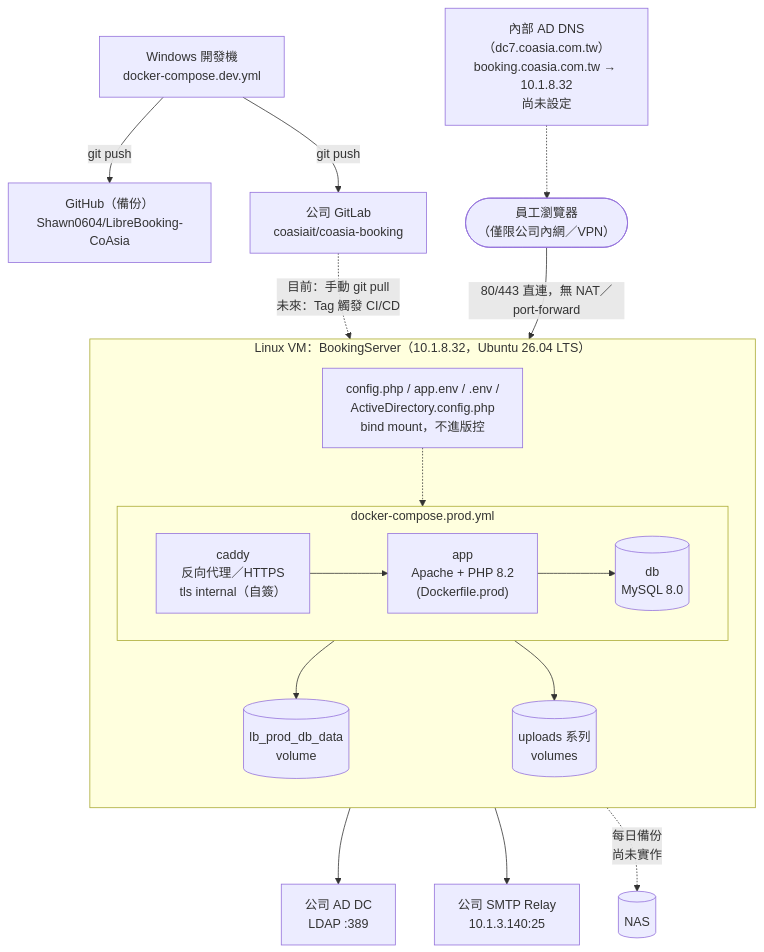
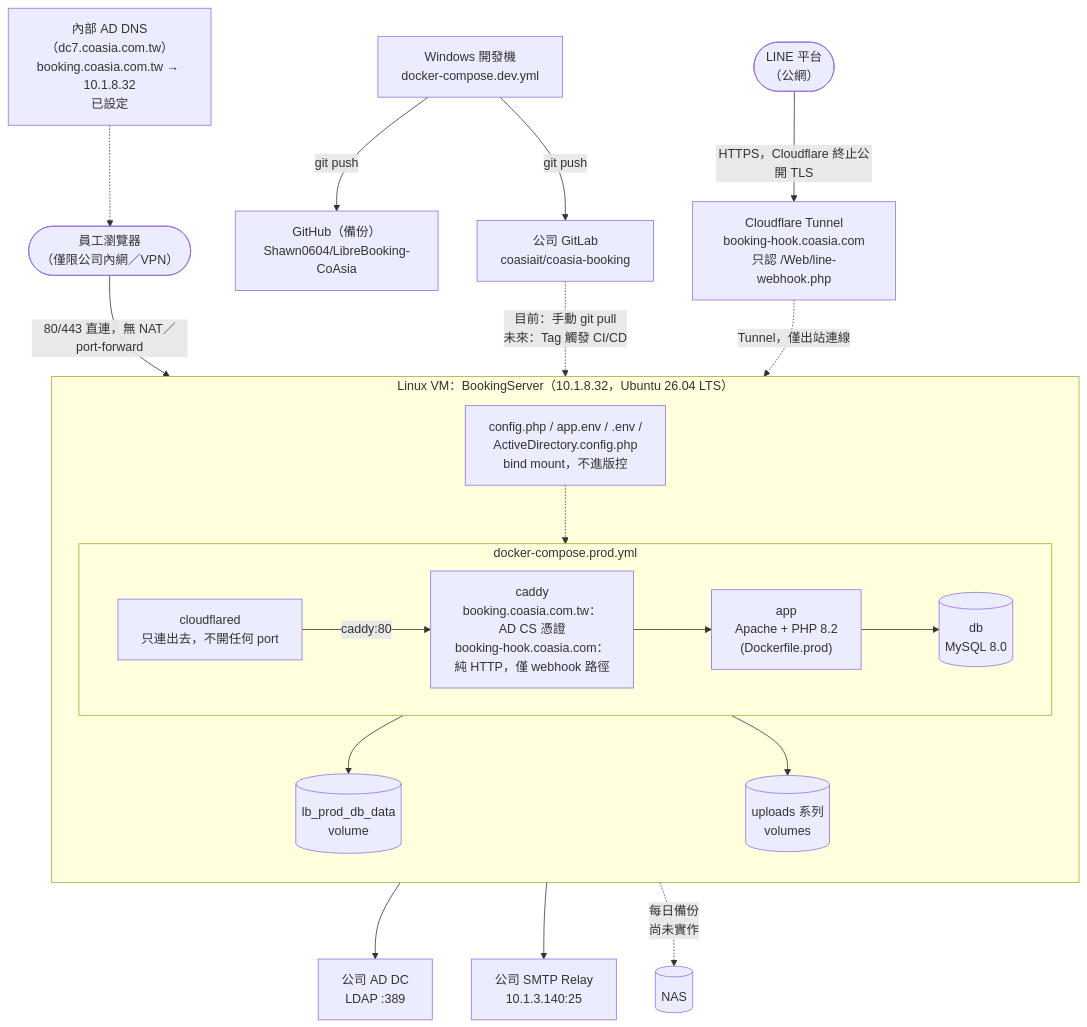
One commit to Shawn0604/LibreBooking-CoAsia changed the diagram in COASIA-DEPLOYMENT.md. Above: the diagram before and after it, drawn with Mermaid. The commit also changed other lines of this file, not shown here.

First line of the commit message:
docs(deploy): document AD CS certificate issuance and the LINE webhook Tunnel

````diff
--- a/COASIA-DEPLOYMENT.md
+++ b/COASIA-DEPLOYMENT.md
@@ -34,35 +36,41 @@
 ```mermaid
 flowchart TD
     Dev["Windows 開發機<br/>docker-compose.dev.yml"]
     GH["GitHub（備份）<br/>Shawn0604/LibreBooking-CoAsia"]
     GL["公司 GitLab<br/>coasiait/coasia-booking"]
     User(["員工瀏覽器<br/>（僅限公司內網／VPN）"])
+    LINE(["LINE 平台<br/>（公網）"])
+    CF["Cloudflare Tunnel<br/>booking-hook.coasia.com<br/>只認 /Web/line-webhook.php"]
 
     Dev -->|git push| GH
     Dev -->|git push| GL
     GL -.->|"目前：手動 git pull<br/>未來：Tag 觸發 CI/CD"| VM
 
     subgraph VM["Linux VM：BookingServer（10.1.8.32，Ubuntu 26.04 LTS）"]
         direction TB
         subgraph Compose["docker-compose.prod.yml"]
             direction LR
-            Caddy["caddy<br/>反向代理／HTTPS<br/>tls internal（自簽）"]
+            Caddy["caddy<br/>booking.coasia.com.tw：AD CS 憑證<br/>booking-hook.coasia.com：純 HTTP，僅 webhook 路徑"]
             App["app<br/>Apache + PHP 8.2<br/>(Dockerfile.prod)"]
             DB[("db<br/>MySQL 8.0")]
+            Cloudflared["cloudflared<br/>只連出去，不開任何 port"]
             Caddy --> App --> DB
+            Cloudflared -->|"caddy:80"| Caddy
         end
         DBVol[("lb_prod_db_data<br/>volume")]
         UploadVol[("uploads 系列<br/>volumes")]
         Secrets["config.php / app.env / .env /<br/>ActiveDirectory.config.php<br/>bind mount，不進版控"]
         DB --> DBVol
         App --> UploadVol
         Secrets -.-> App
     end
 
-    DNS["內部 AD DNS（dc7.coasia.com.tw）<br/>booking.coasia.com.tw → 10.1.8.32<br/>尚未設定"] -.-> User
+    DNS["內部 AD DNS（dc7.coasia.com.tw）<br/>booking.coasia.com.tw → 10.1.8.32<br/>已設定"] -.-> User
     User -->|"80/443 直連，無 NAT／port-forward"| Caddy
+    LINE -->|"HTTPS，Cloudflare 終止公開 TLS"| CF
+    CF -.->|"Tunnel，僅出站連線"| Cloudflared
 
     App --> DC["公司 AD DC<br/>LDAP :389"]
     App --> SMTP["公司 SMTP Relay<br/>10.1.3.140:25"]
     DBVol -.->|"每日備份<br/>尚未實作"| NAS[("NAS")]
 ```
````
